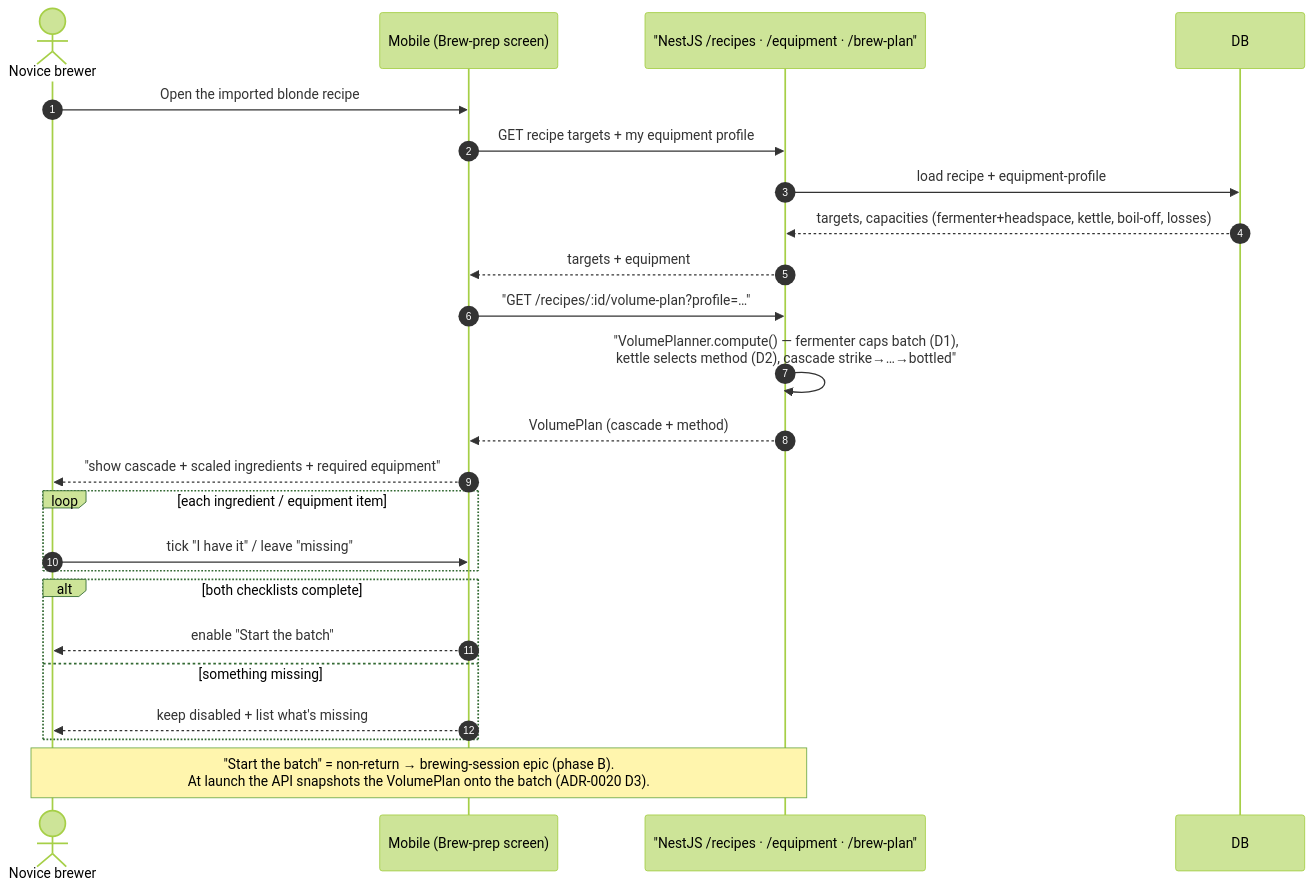
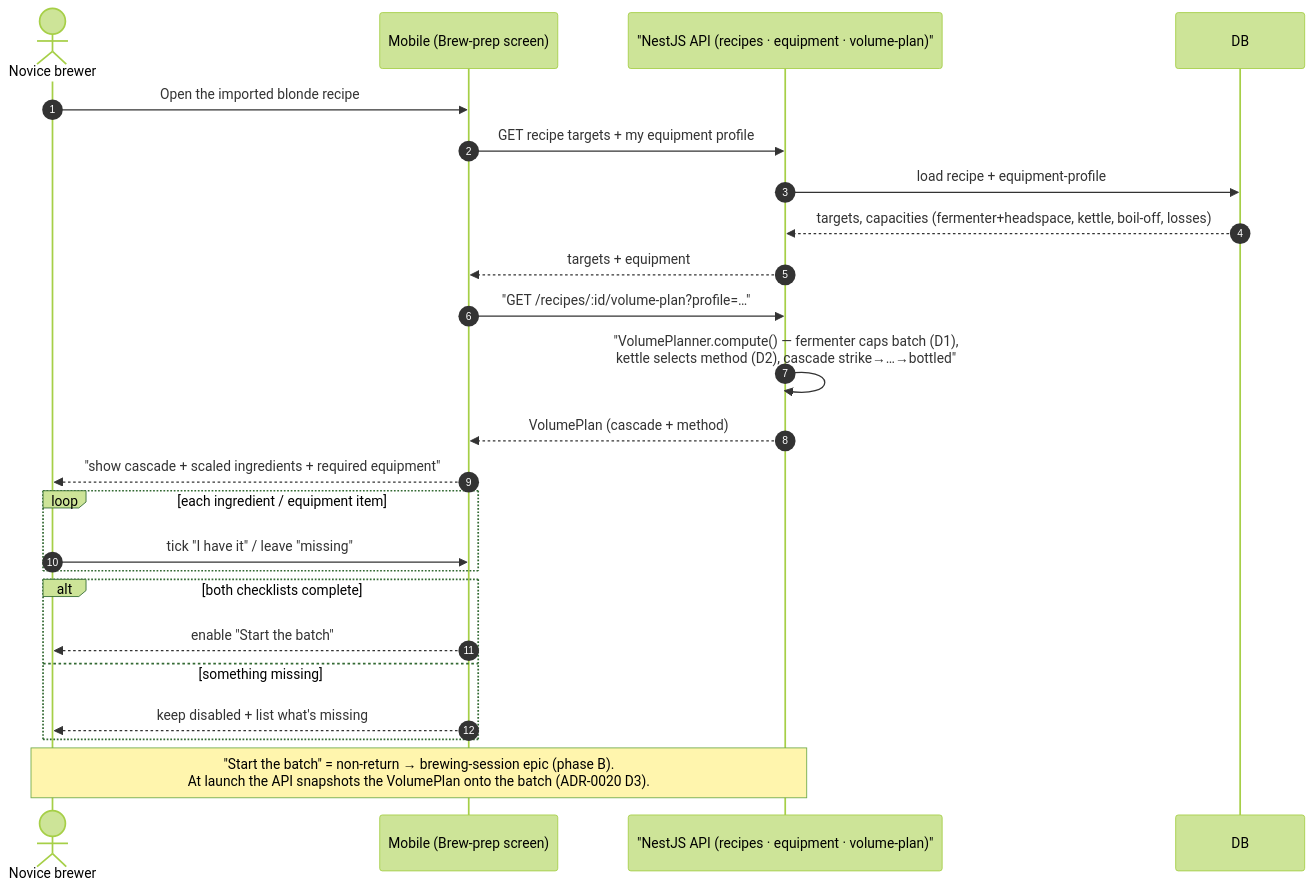
The diagram in docs/architecture/diagrams/brew-prep/02-sequence-plan-and-confirm.md (benoit-bremaud/brasse-bouillon), drawn with Mermaid (forest theme) before and after one commit. The commit also changed 2 other files, not shown here.

Commit message:
docs(brew-prep): fix method-selection formula (mash-in volume per ADR-0020 D2) + endpoint naming consistency
- 04-class: method = kettleCapacityL >= (strikeWaterL + grainVolumeL), i.e. the kettle must hold the mash-in volume (strike water + grain), not the post-boil wort (grain is lifted before the boil) — aligns with ADR-0020 D2 (CodeRabbit Critical, Codex P2, Copilot).
- 02-sequence + 03-component: standardise the route name on /recipes/:id/volume-plan (was an inconsistent /brew-plan label) (Copilot).

````diff
--- a/docs/architecture/diagrams/brew-prep/02-sequence-plan-and-confirm.md
+++ b/docs/architecture/diagrams/brew-prep/02-sequence-plan-and-confirm.md
@@ -15,26 +15,26 @@
 ```mermaid
 sequenceDiagram
   autonumber
   actor B as Novice brewer
   participant M as Mobile (Brew-prep screen)
-  participant API as "NestJS /recipes · /equipment · /brew-plan"
+  participant API as "NestJS API (recipes · equipment · volume-plan)"
   participant DB as DB
   B->>M: Open the imported blonde recipe
   M->>API: GET recipe targets + my equipment profile
   API->>DB: load recipe + equipment-profile
   DB-->>API: targets, capacities (fermenter+headspace, kettle, boil-off, losses)
   API-->>M: targets + equipment
   M->>API: "GET /recipes/:id/volume-plan?profile=…"
   API->>API: "VolumePlanner.compute() — fermenter caps batch (D1),<br/>kettle selects method (D2), cascade strike→…→bottled"
   API-->>M: VolumePlan (cascade + method)
   M-->>B: "show cascade + scaled ingredients + required equipment"
   loop each ingredient / equipment item
     B->>M: tick "I have it" / leave "missing"
   end
   alt both checklists complete
     M-->>B: enable "Start the batch"
   else something missing
     M-->>B: keep disabled + list what's missing
   end
   Note over B,API: "Start the batch" = non-return → brewing-session epic (phase B).<br/>At launch the API snapshots the VolumePlan onto the batch (ADR-0020 D3).
 ```
````
